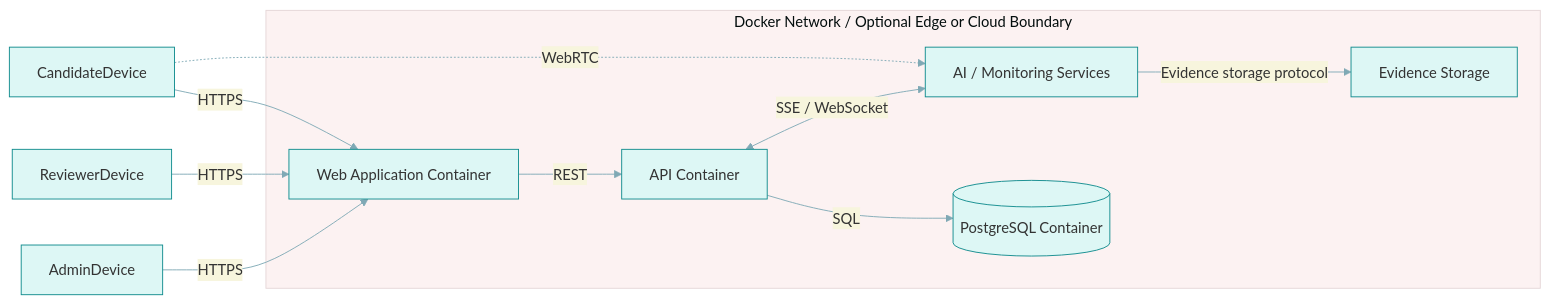
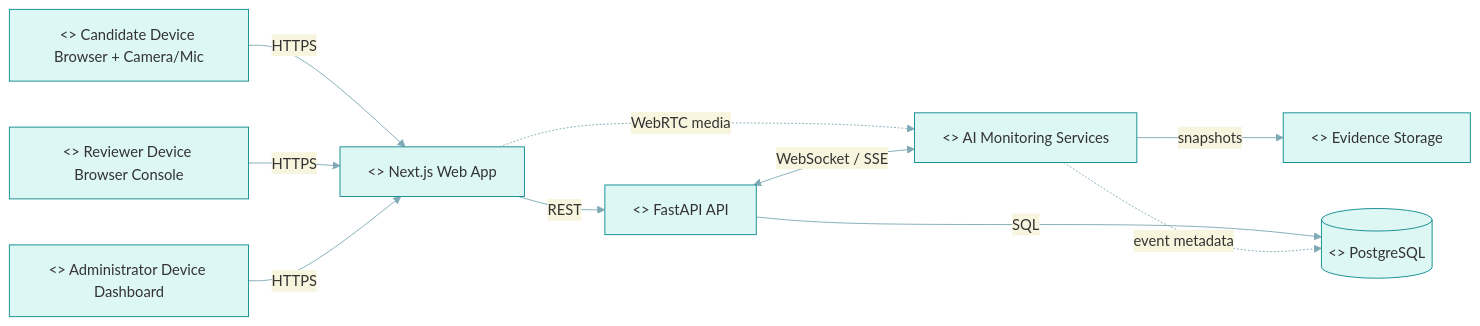
The diagram in docs/dissertation/chapter3/uml/Figure3_18_Deployment_Diagram_of_SERPS.mmd (basil-emeokoro/SERPS), drawn with Mermaid before and after one commit. The commit also changed 176 other files, not shown here.

Commit message:
docs: freeze chapter three diagrams and correct POP status

```diff
--- a/docs/dissertation/chapter3/uml/Figure3_18_Deployment_Diagram_of_SERPS.mmd
+++ b/docs/dissertation/chapter3/uml/Figure3_18_Deployment_Diagram_of_SERPS.mmd
@@ -1,17 +1,11 @@
 %%{init: {'theme': 'base', 'themeVariables': {'primaryColor': '#DDF7F5', 'primaryBorderColor': '#0F8B8D', 'lineColor': '#7FA9B5', 'fontFamily': 'Segoe UI, Arial'}}}%%
 flowchart LR
-  CandidateDevice -->|HTTPS| Web[Web Application Container]
-  ReviewerDevice -->|HTTPS| Web
-  AdminDevice -->|HTTPS| Web
-  Web -->|REST| API[API Container]
-  CandidateDevice -. WebRTC .-> AI[AI / Monitoring Services]
-  API <--> |SSE / WebSocket| AI
-  API -->|SQL| DB[(PostgreSQL Container)]
-  AI -->|Evidence storage protocol| Storage[Evidence Storage]
-  subgraph DockerNetwork[Docker Network / Optional Edge or Cloud Boundary]
-    Web
-    API
-    AI
-    DB
-    Storage
-  end
+  CandidateDevice[<<device>> Candidate Device Browser + Camera/Mic] -->|HTTPS| Web[<<container>> Next.js Web App]
+  ReviewerDevice[<<device>> Reviewer Device Browser Console] -->|HTTPS| Web
+  AdminDevice[<<device>> Administrator Device Dashboard] -->|HTTPS| Web
+  Web -->|REST| API[<<container>> FastAPI API]
+  Web -. WebRTC media .-> AI[<<service>> AI Monitoring Services]
+  API <--> |WebSocket / SSE| AI
+  API -->|SQL| DB[(<<database>> PostgreSQL)]
+  AI -->|snapshots| Storage[<<storage>> Evidence Storage]
+  AI -. event metadata .-> DB
```
